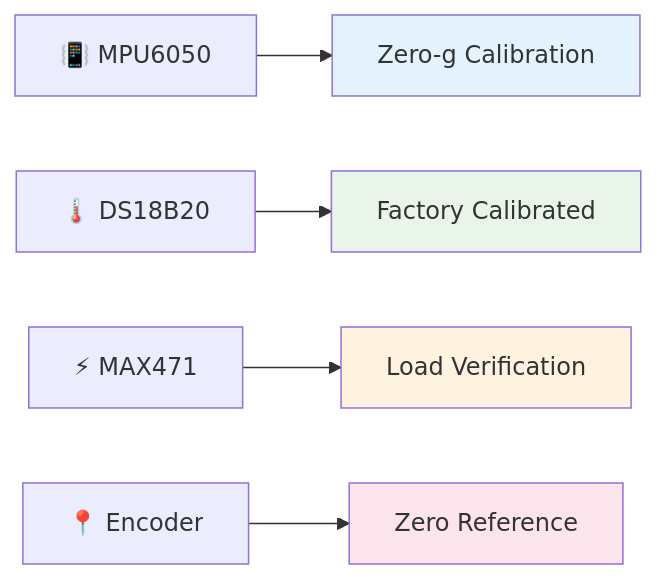
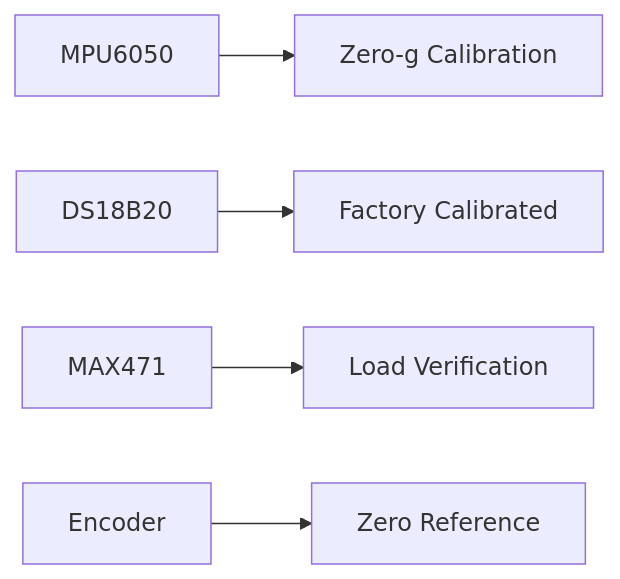
Before and after one commit to abdo-sayed1/Industrial_Predictive_Maintenance_AIoT: the seventh of 9 diagrams in README.md, drawn with Mermaid. The commit also changed other lines of this file, not shown here.

````diff
--- a/README.md
+++ b/README.md
@@ -602,12 +472,7 @@
 ```mermaid
 graph LR
-    A[📳 MPU6050] --> B[Zero-g Calibration]
-    C[🌡️ DS18B20] --> D[Factory Calibrated]
-    E[⚡ MAX471] --> F[Load Verification]
-    G[📍 Encoder] --> H[Zero Reference]
-    
-    style B fill:#e3f2fd
-    style D fill:#e8f5e8
-    style F fill:#fff3e0
-    style H fill:#fce4ec
+    A[MPU6050] --> B[Zero-g Calibration]
+    C[DS18B20] --> D[Factory Calibrated]
+    E[MAX471] --> F[Load Verification]
+    G[Encoder] --> H[Zero Reference]
 ```
````
